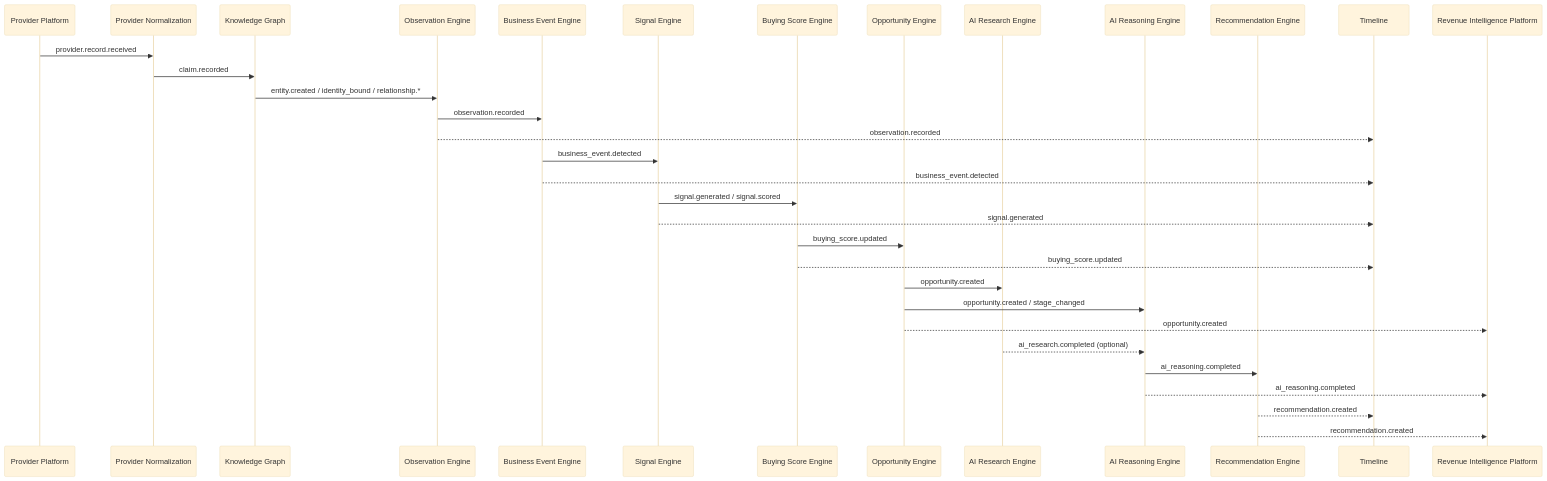
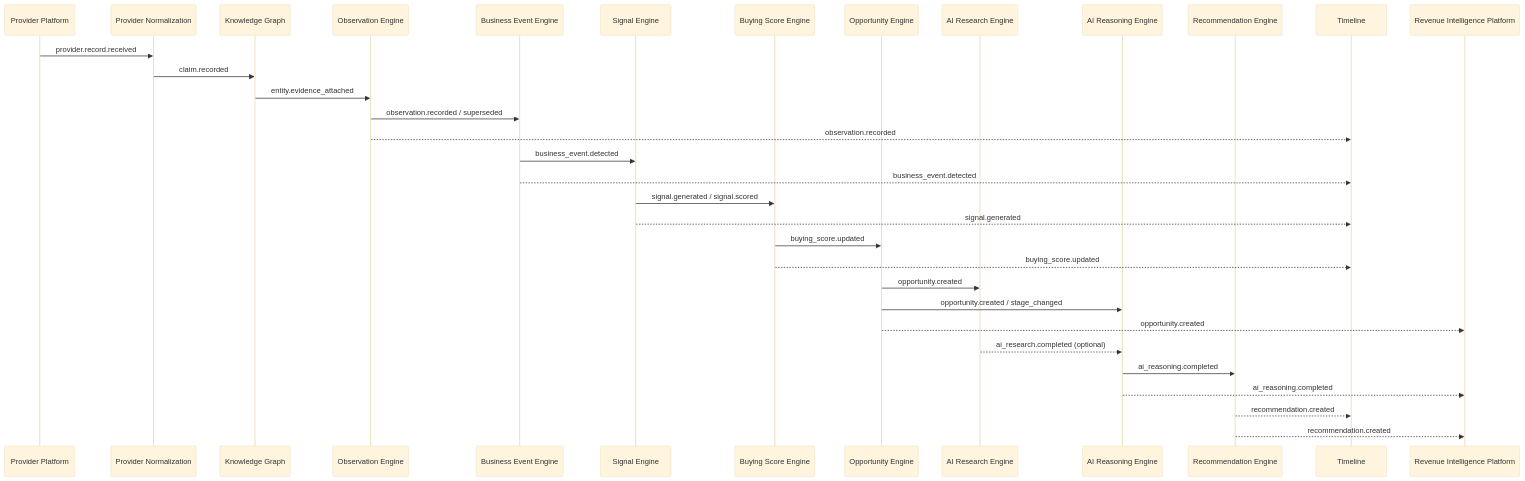
Before and after one commit to GaneshDabhade/Fortune_Signora: the first of 2 diagrams in docs/architecture/06-events.md, drawn with Mermaid (base theme). The commit also changed other lines of this file and 37 other files, not shown here.

````diff
--- a/docs/architecture/06-events.md
+++ b/docs/architecture/06-events.md
@@ -77,36 +78,36 @@
 ```mermaid
 sequenceDiagram
     participant PP as Provider Platform
     participant PN as Provider Normalization
     participant KG as Knowledge Graph
     participant OE as Observation Engine
     participant BEE as Business Event Engine
     participant SE as Signal Engine
     participant BSE as Buying Score Engine
     participant OP as Opportunity Engine
     participant ARE as AI Research Engine
     participant AIR as AI Reasoning Engine
     participant RE as Recommendation Engine
     participant TL as Timeline
     participant RI as Revenue Intelligence Platform
 
     PP->>PN: provider.record.received
     PN->>KG: claim.recorded
-    KG->>OE: entity.created / identity_bound / relationship.*
-    OE->>BEE: observation.recorded
+    KG->>OE: entity.evidence_attached
+    OE->>BEE: observation.recorded / superseded
     OE-->>TL: observation.recorded
     BEE->>SE: business_event.detected
     BEE-->>TL: business_event.detected
     SE->>BSE: signal.generated / signal.scored
     SE-->>TL: signal.generated
     BSE->>OP: buying_score.updated
     BSE-->>TL: buying_score.updated
     OP->>ARE: opportunity.created
     OP->>AIR: opportunity.created / stage_changed
     OP-->>RI: opportunity.created
     ARE-->>AIR: ai_research.completed (optional)
     AIR->>RE: ai_reasoning.completed
     AIR-->>RI: ai_reasoning.completed
     RE-->>TL: recommendation.created
     RE-->>RI: recommendation.created
 ```
````
